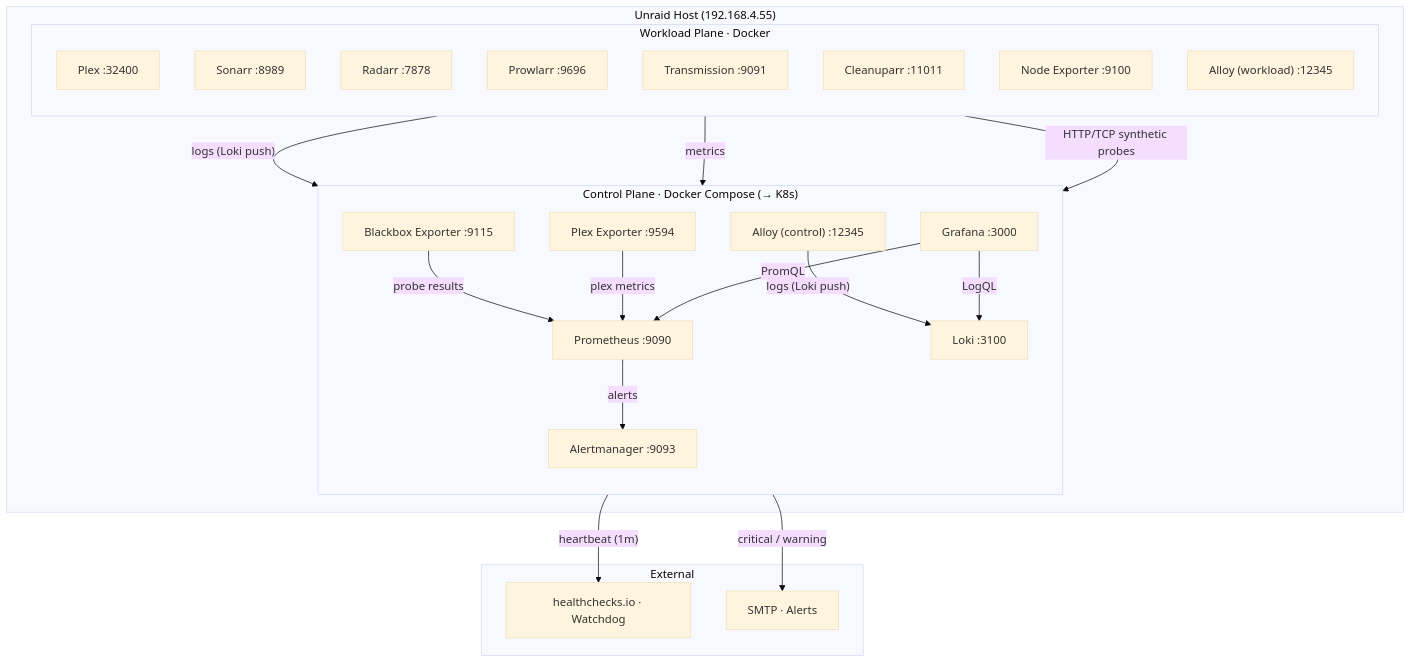
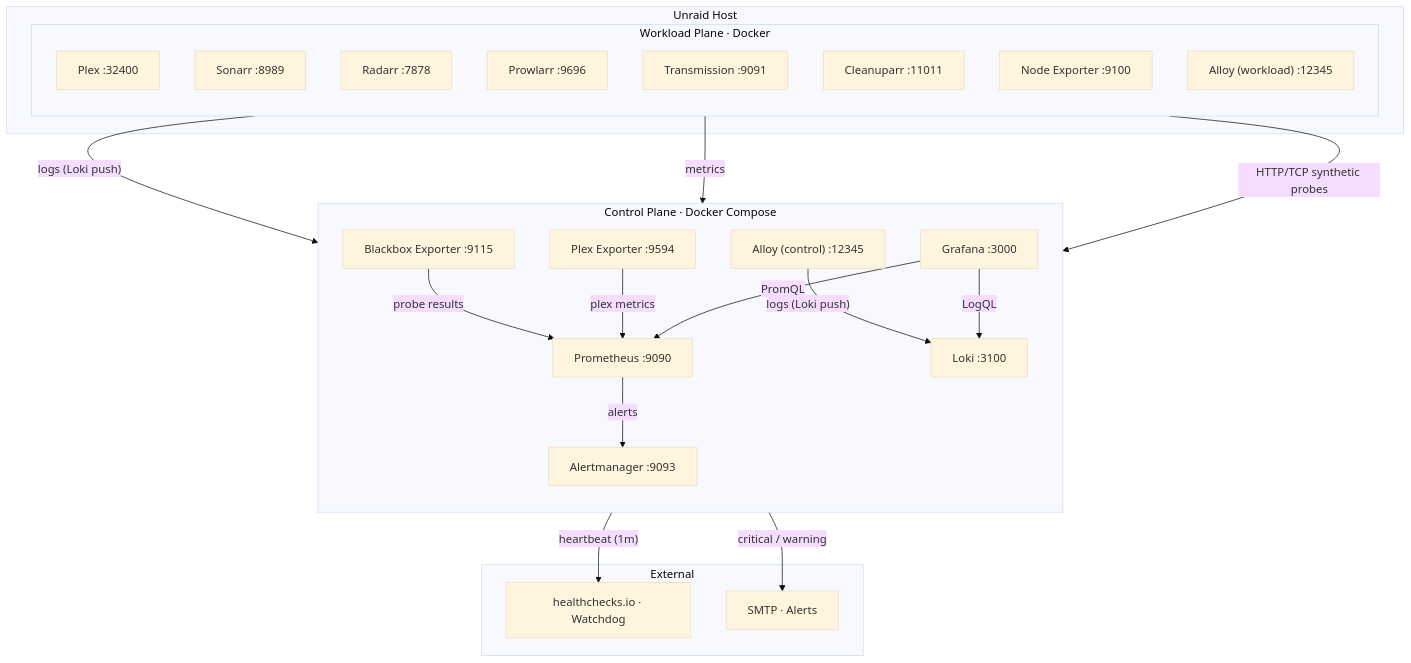
One commit to Phenomena0/Atlas changed the diagram in README.md. Above: the diagram before and after it, drawn with Mermaid (base theme). The commit also changed other lines of this file and 6 other files, not shown here.

````diff
--- a/README.md
+++ b/README.md
@@ -12,44 +10,44 @@
 ```mermaid
 flowchart TB
-    subgraph Unraid["Unraid Host (192.168.4.55)"]
+    subgraph Unraid["Unraid Host"]
         subgraph WP["Workload Plane · Docker"]
             direction TB
             Plex["Plex :32400"]
             Sonarr["Sonarr :8989"]
             Radarr["Radarr :7878"]
             Prowlarr["Prowlarr :9696"]
             Transmission["Transmission :9091"]
             Cleanuparr["Cleanuparr :11011"]
             NE["Node Exporter :9100"]
             WA["Alloy (workload) :12345"]
         end
+    end
 
-        subgraph CP["Control Plane · Docker Compose (→ K8s)"]
-            direction TB
-            Prom["Prometheus :9090"]
-            AM["Alertmanager :9093"]
-            Graf["Grafana :3000"]
-            Loki["Loki :3100"]
-            BB["Blackbox Exporter :9115"]
-            CA["Alloy (control) :12345"]
-            PlexExp["Plex Exporter :9594"]
-        end
+    subgraph Local["Control Plane · Docker Compose"]
+        direction TB
+        Prom["Prometheus :9090"]
+        AM["Alertmanager :9093"]
+        Graf["Grafana :3000"]
+        Loki["Loki :3100"]
+        BB["Blackbox Exporter :9115"]
+        CA["Alloy (control) :12345"]
+        PlexExp["Plex Exporter :9594"]
     end
 
     subgraph External["External"]
         HC["healthchecks.io · Watchdog"]
         Email["SMTP · Alerts"]
     end
 
     WA -->|"logs (Loki push)"| Loki
     CA -->|"logs (Loki push)"| Loki
     NE -->|metrics| Prom
     BB -->|probe results| Prom
     PlexExp -->|plex metrics| Prom
     WP -->|"HTTP/TCP synthetic probes"| BB
     Prom -->|alerts| AM
     AM -->|"critical / warning"| Email
     AM -->|"heartbeat (1m)"| HC
     Graf -->|PromQL| Prom
     Graf -->|LogQL| Loki
 ```
````
